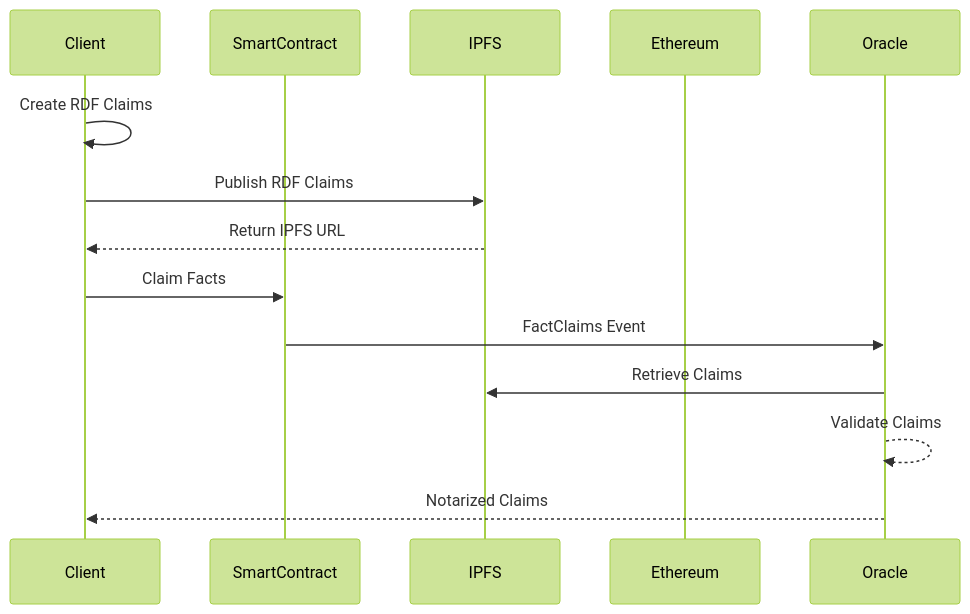
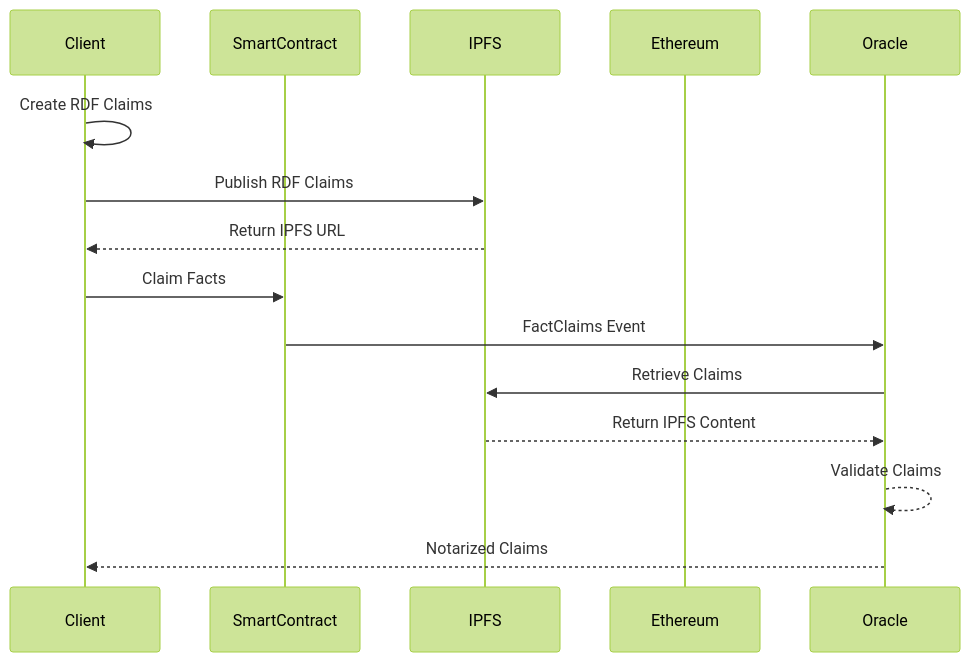
One commit to fact-claims/fact.claims changed the third of 3 diagrams in www/content/rfc/draft.md. Above: the diagram before and after it, drawn with Mermaid (forest theme).

````diff
--- a/www/content/rfc/draft.md
+++ b/www/content/rfc/draft.md
@@ -122,17 +122,18 @@
 ```mermaid
 sequenceDiagram
     participant Client
     participant SmartContract
     participant IPFS
     participant Ethereum
     participant Oracle
 
     Client->>Client: Create RDF Claims
     Client->>IPFS: Publish RDF Claims
     IPFS-->>Client: Return IPFS URL
     Client->>SmartContract: Claim Facts 
     SmartContract->>Oracle: FactClaims Event
     Oracle->>IPFS: Retrieve Claims
+    IPFS-->>Oracle: Return IPFS Content
     Oracle-->>Oracle: Validate Claims
     Oracle-->>Client: Notarized Claims
 ```
````
